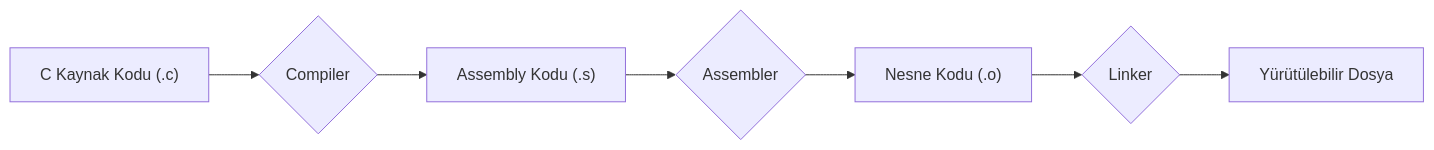
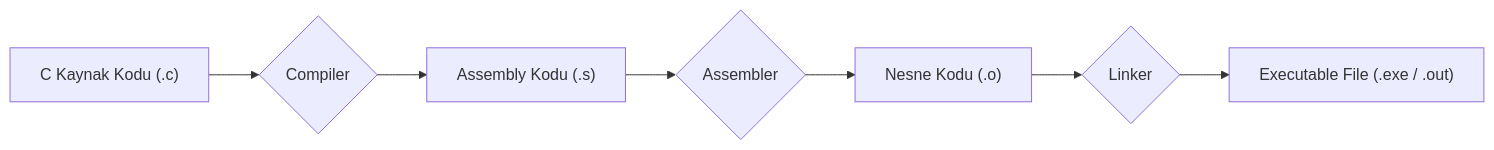
Before and after one commit to tozenbilek/tozenbilek.github.io: the diagram in system-programming/04-makine-kodu-temelleri.md, drawn with Mermaid. The commit also changed 2 other files, not shown here.

Commit message:
Update system programming documentation by refining terminology in the assembly process diagram and enhancing the stack frame illustration with a Mermaid diagram. This improves clarity and educational value for readers.

````diff
--- a/system-programming/04-makine-kodu-temelleri.md
+++ b/system-programming/04-makine-kodu-temelleri.md
@@ -23,9 +23,9 @@
 ```mermaid
 graph LR
     A["C Kaynak Kodu (.c)"] --> B{Compiler};
     B --> C["Assembly Kodu (.s)"];
     C --> D{Assembler};
     D --> E["Nesne Kodu (.o)"];
     E --> F{Linker};
-    F --> G["Yürütülebilir Dosya"];
+    F --> G["Executable File (.exe / .out)"];
 ```
````
